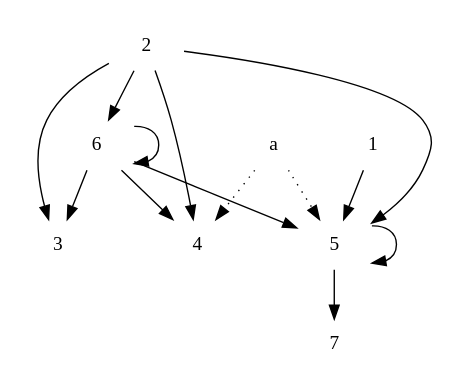
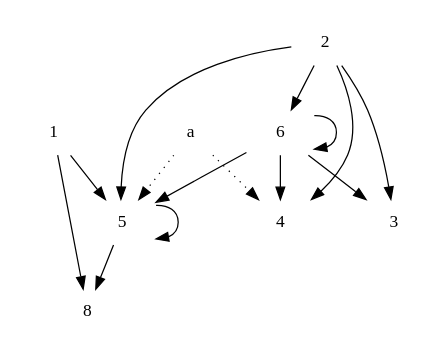
The diagram in img/04/dg.dot (obcode/compiler), drawn with Graphviz before and after one commit. The commit also changed 1 other file, not shown here.

```diff
--- a/img/04/dg.dot
+++ b/img/04/dg.dot
@@ -1,17 +1,18 @@
 digraph dg {
     size="3,3"
     node [shape = plaintext];
 	1 -> 5
 	2 -> 3
 	2 -> 4
 	2 -> 5
 	2 -> 6
 	5 -> 5
-	5 -> 7
+	5 -> 8
+	1 -> 8
 	6 -> 3
 	6 -> 4
 	6 -> 5
 	6 -> 6
 	a -> 4 [style = dotted]
 	a -> 5 [style = dotted]
 }
```
